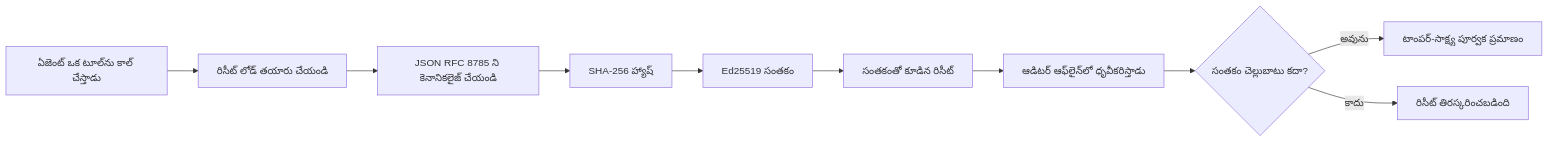
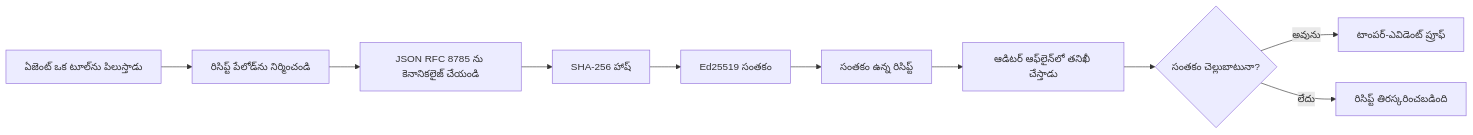
Before and after one commit to gabrielmoreira/agent-skills-mirror: the first of 2 diagrams in mirrors/repos/microsoft@ai-agents-for-beginners/translations/te/18-securing-ai-agents/README.md, drawn with Mermaid. The commit also changed other lines of this file and 2285 other files, not shown here.

````diff
--- a/mirrors/repos/microsoft@ai-agents-for-beginners/translations/te/18-securing-ai-agents/README.md
+++ b/mirrors/repos/microsoft@ai-agents-for-beginners/translations/te/18-securing-ai-agents/README.md
@@ -51,12 +51,12 @@
 ```mermaid
 flowchart LR
-    A[ఏజెంట్ ఒక టూల్‌ను కాల్ చేస్తాడు] --> B[రిసీట్ లోడ్ తయారు చేయండి]
-    B --> C[JSON RFC 8785 ని కెనానికలైజ్ చేయండి]
-    C --> D[SHA-256 హ్యాష్]
+    A[ఏజెంట్ ఒక టూల్‌ను పిలుస్తాడు] --> B[రిసిప్ట్ పేలోడ్‌ను నిర్మించండి]
+    B --> C[JSON RFC 8785 ను కెనానికలైజ్ చేయండి]
+    C --> D[SHA-256 హాష్]
     D --> E[Ed25519 సంతకం]
-    E --> F[సంతకంతో కూడిన రిసీట్]
-    F --> G[ఆడిటర్ ఆఫ్‌లైన్‌లో ధృవీకరిస్తాడు]
-    G --> H{సంతకం చెల్లుబాటు కదా?}
-    H -- అవును --> I[టాంపర్-సాక్ష్య పూర్వక ప్రమాణం]
-    H -- కాదు --> J[రిసీట్ తిరస్కరించబడింది]
+    E --> F[సంతకం ఉన్న రిసిప్ట్]
+    F --> G[ఆడిటర్ ఆఫ్‌లైన్‌లో తనిఖీ చేస్తాడు]
+    G --> H{సంతకం చెల్లుబాటునా?}
+    H -- అవును --> I[టాంపర్-ఎవిడెంట్ ప్రూఫ్]
+    H -- లేదు --> J[రిసిప్ట్ తిరస్కరించబడింది]
 ```
````
